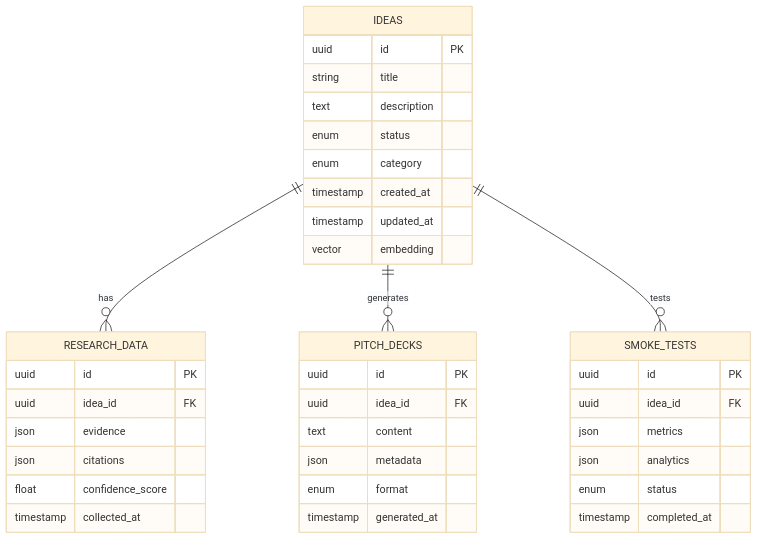
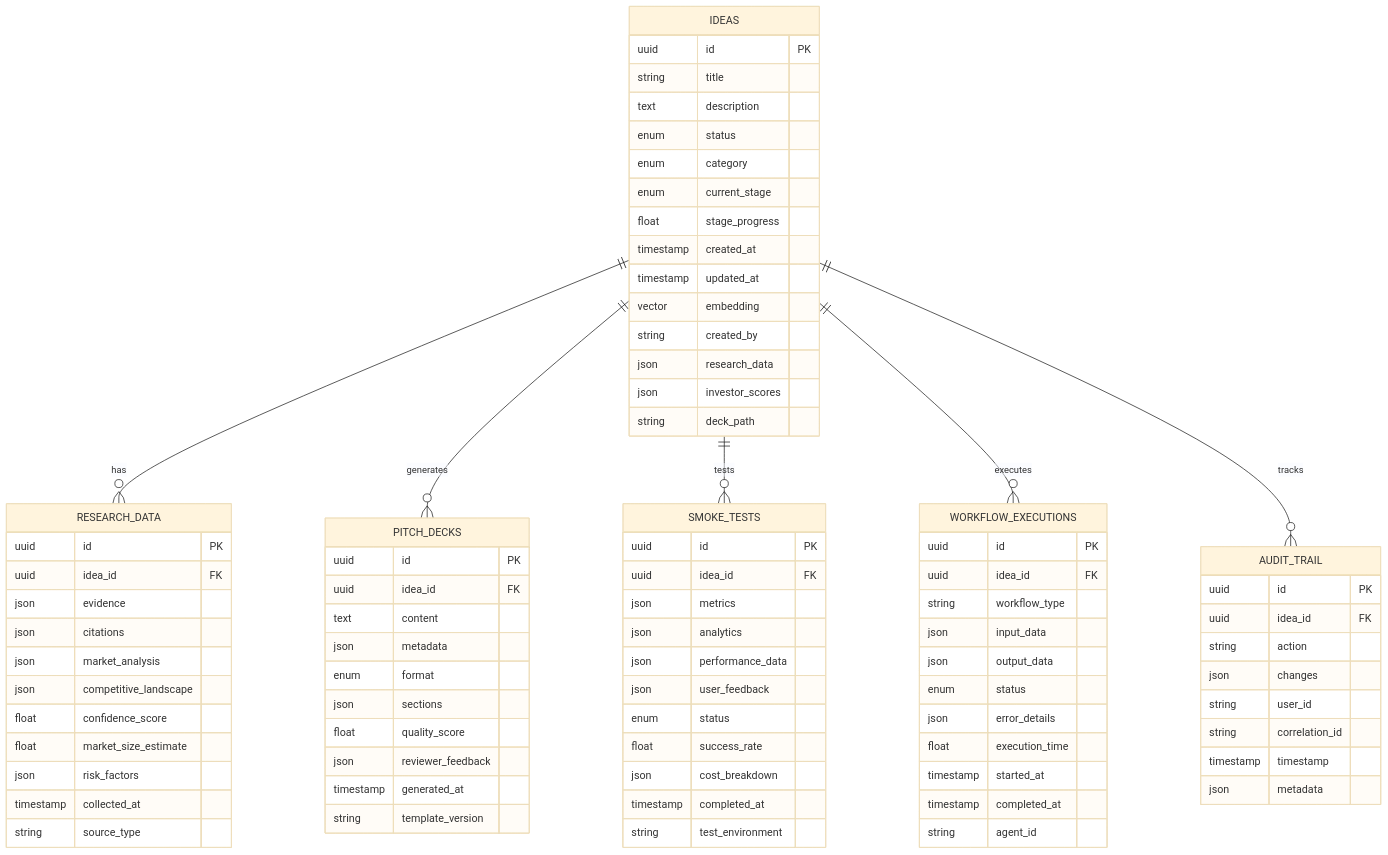
Before and after one commit to danieleschmidt/agentic-startup-studio: the fifth of 7 diagrams in ARCHITECTURE.md, drawn with Mermaid (base theme). The commit also changed other lines of this file and 3 other files, not shown here.

First line of the commit message:
feat: enhance architecture and implement core analytics services

````diff
--- a/ARCHITECTURE.md
+++ b/ARCHITECTURE.md
@@ -206,9 +206,15 @@
         text description
         enum status
         enum category
+        enum current_stage
+        float stage_progress
         timestamp created_at
         timestamp updated_at
         vector embedding
+        string created_by
+        json research_data
+        json investor_scores
+        string deck_path
     }
     
     RESEARCH_DATA {
@@ -216,8 +222,13 @@
         uuid idea_id FK
         json evidence
         json citations
+        json market_analysis
+        json competitive_landscape
         float confidence_score
+        float market_size_estimate
+        json risk_factors
         timestamp collected_at
+        string source_type
     }
     
     PITCH_DECKS {
@@ -226,7 +237,11 @@
         text content
         json metadata
         enum format
+        json sections
+        float quality_score
+        json reviewer_feedback
         timestamp generated_at
+        string template_version
     }
     
     SMOKE_TESTS {
@@ -234,11 +249,43 @@
         uuid idea_id FK
         json metrics
         json analytics
+        json performance_data
+        json user_feedback
         enum status
+        float success_rate
+        json cost_breakdown
         timestamp completed_at
+        string test_environment
+    }
+    
+    WORKFLOW_EXECUTIONS {
+        uuid id PK
+        uuid idea_id FK
+        string workflow_type
+        json input_data
+        json output_data
+        enum status
+        json error_details
+        float execution_time
+        timestamp started_at
+        timestamp completed_at
+        string agent_id
+    }
+    
+    AUDIT_TRAIL {
+        uuid id PK
+        uuid idea_id FK
+        string action
+        json changes
+        string user_id
+        string correlation_id
+        timestamp timestamp
+        json metadata
     }
     
     IDEAS ||--o{ RESEARCH_DATA : has
     IDEAS ||--o{ PITCH_DECKS : generates
     IDEAS ||--o{ SMOKE_TESTS : tests
+    IDEAS ||--o{ WORKFLOW_EXECUTIONS : executes
+    IDEAS ||--o{ AUDIT_TRAIL : tracks
 ```
````
